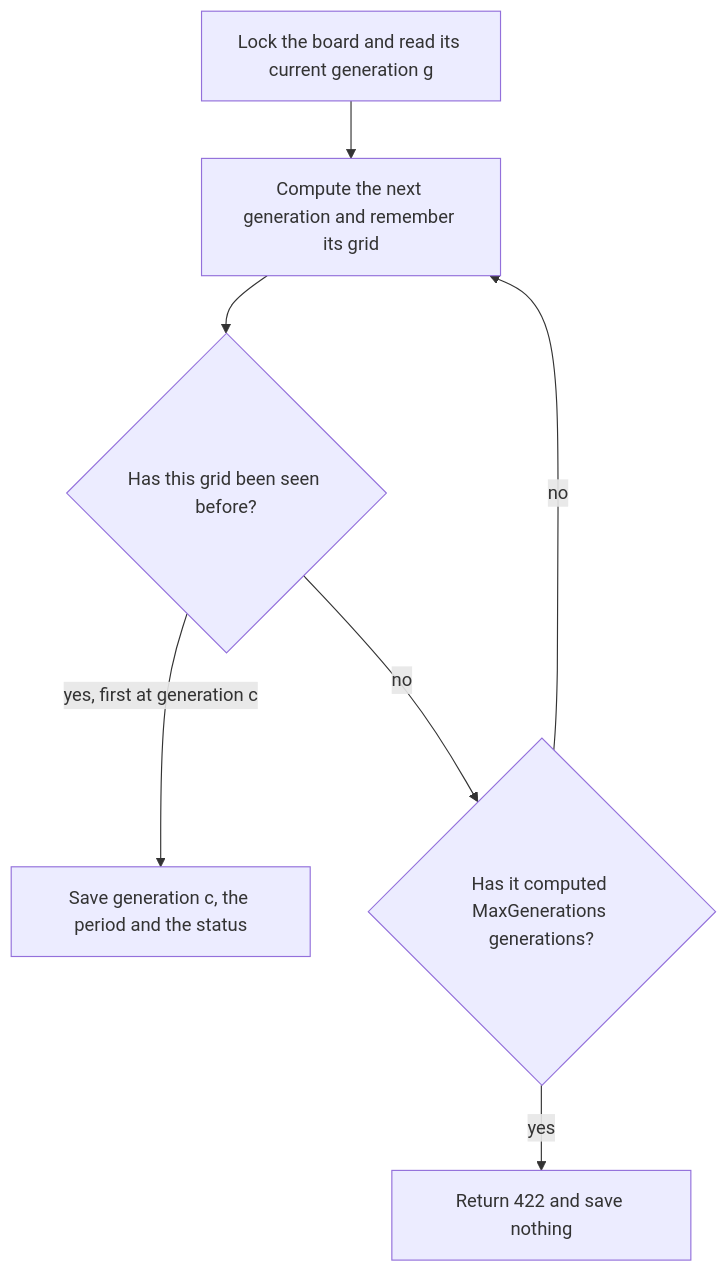
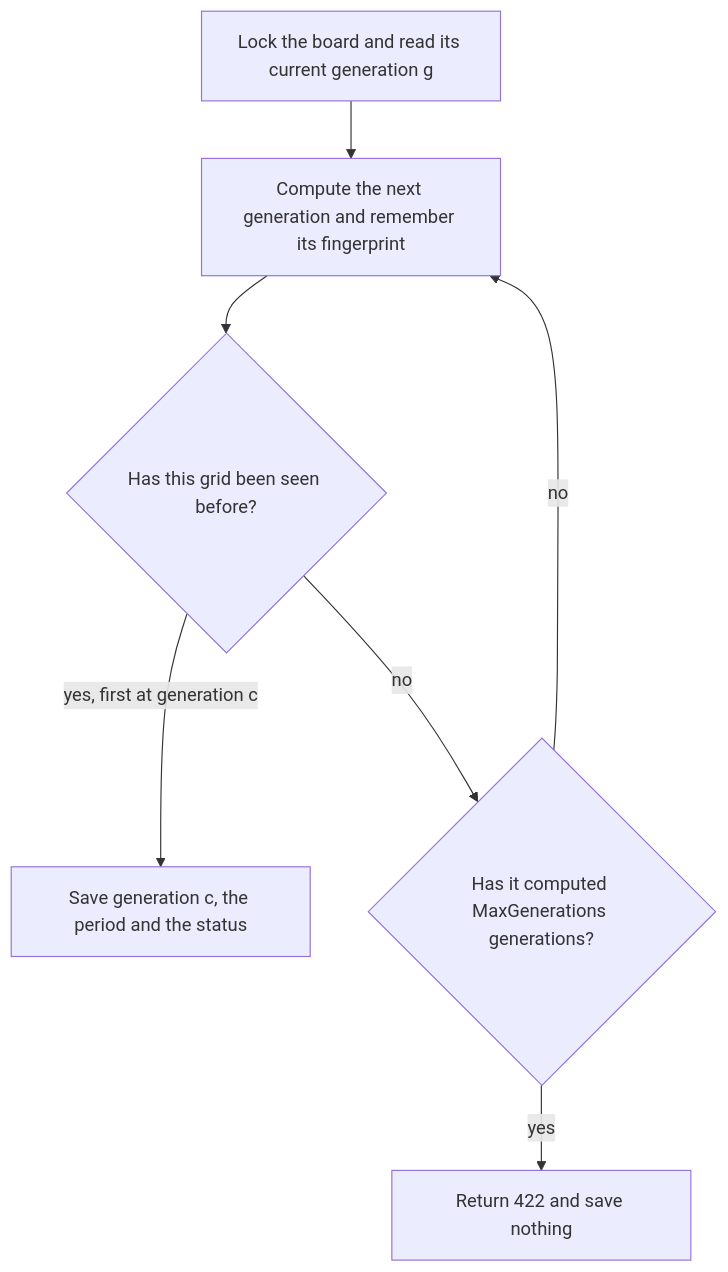
Before and after one commit to kbrahmakshatriya/game-of-life: the second of 6 diagrams in README.md, drawn with Mermaid. The commit also changed other lines of this file and 14 other files, not shown here.

First line of the commit message:
Store board cells as an int[][] and detect cycles by fingerprint

````diff
--- a/README.md
+++ b/README.md
@@ -194,9 +194,9 @@
 ```mermaid
 flowchart TD
-    lock["Lock the board and read its current generation g"] --> step["Compute the next generation and remember its grid"]
+    lock["Lock the board and read its current generation g"] --> step["Compute the next generation and remember its fingerprint"]
     step --> seen{"Has this grid been seen before?"}
     seen -->|"yes, first at generation c"| save["Save generation c, the period and the status"]
     seen -->|"no"| limit{"Has it computed MaxGenerations generations?"}
     limit -->|"no"| step
     limit -->|"yes"| fail["Return 422 and save nothing"]
 ```
````
